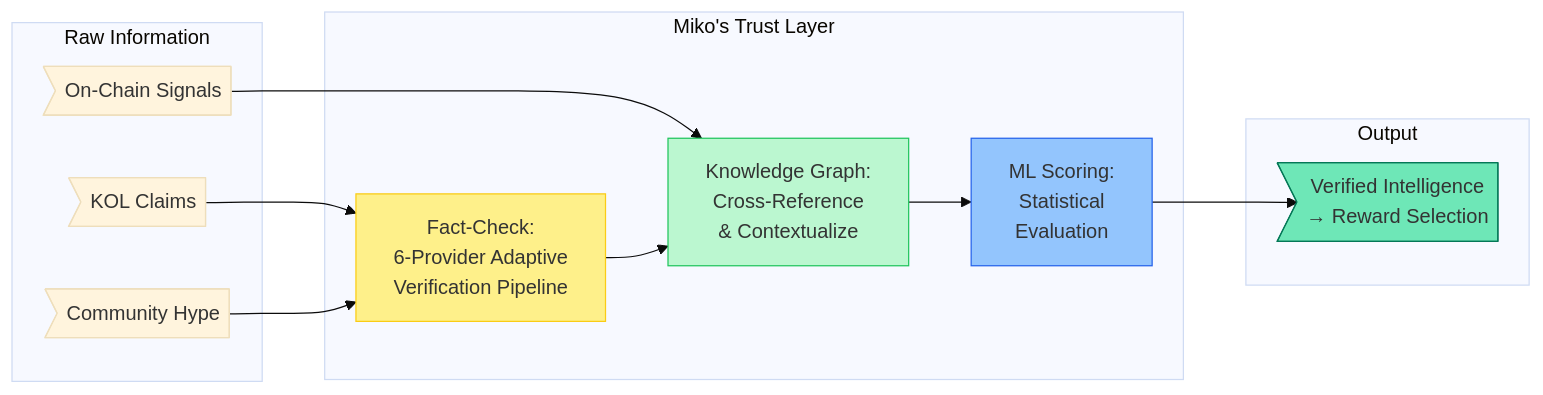
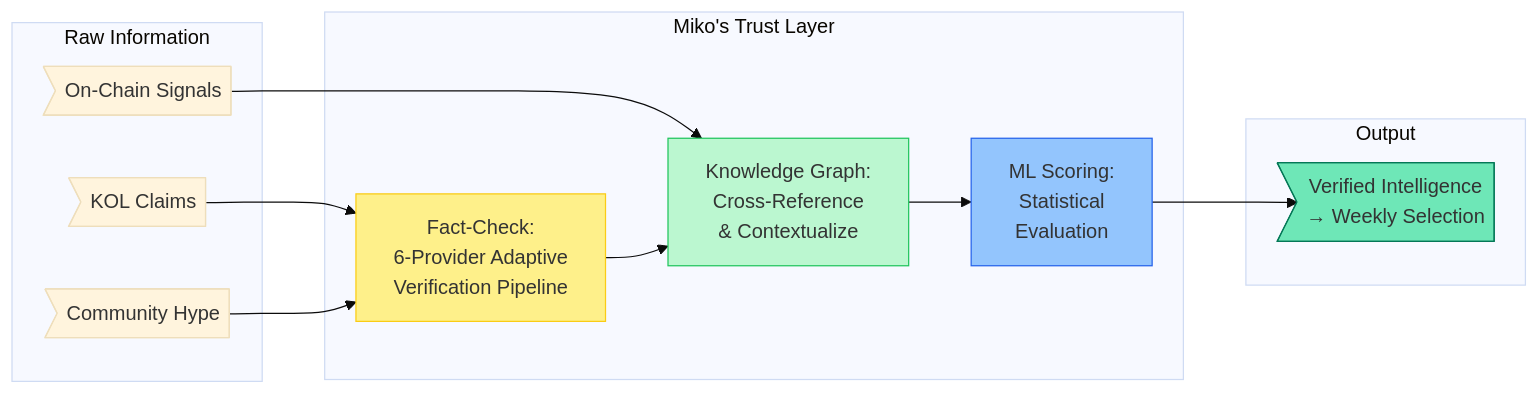
Before and after one commit to Miko-Protocol/docs: the second of 2 diagrams in docs/introduction.md, drawn with Mermaid (base theme). The commit also changed other lines of this file and 4 other files, not shown here.

````diff
--- a/docs/introduction.md
+++ b/docs/introduction.md
@@ -107,26 +74,26 @@
 ```mermaid
 graph LR
     subgraph "Raw Information"
         A>"KOL Claims"]
         B>"Community Hype"]
         C>"On-Chain Signals"]
     end
     subgraph "Miko's Trust Layer"
         D["Fact-Check:<br/>6-Provider Adaptive<br/>Verification Pipeline"]
         E["Knowledge Graph:<br/>Cross-Reference<br/>& Contextualize"]
         F["ML Scoring:<br/>Statistical<br/>Evaluation"]
     end
     subgraph "Output"
-        G>"Verified Intelligence<br/>→ Reward Selection"]
+        G>"Verified Intelligence<br/>→ Weekly Selection"]
     end
     A --> D
     B --> D
     C --> E
     D --> E
     E --> F
     F --> G
     style D fill:#fef08a,stroke:#facc15
     style E fill:#bbf7d0,stroke:#22c55e
     style F fill:#93c5fd,stroke:#2563eb
     style G fill:#6ee7b7,stroke:#047857
 ```
````
